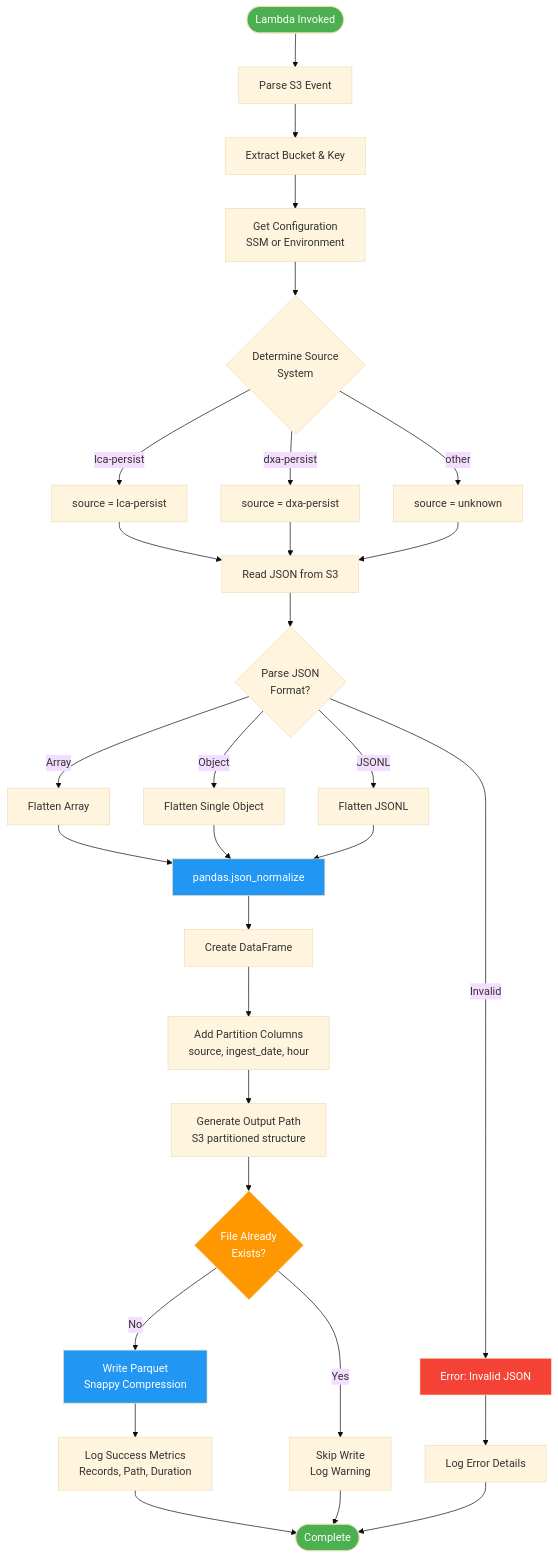
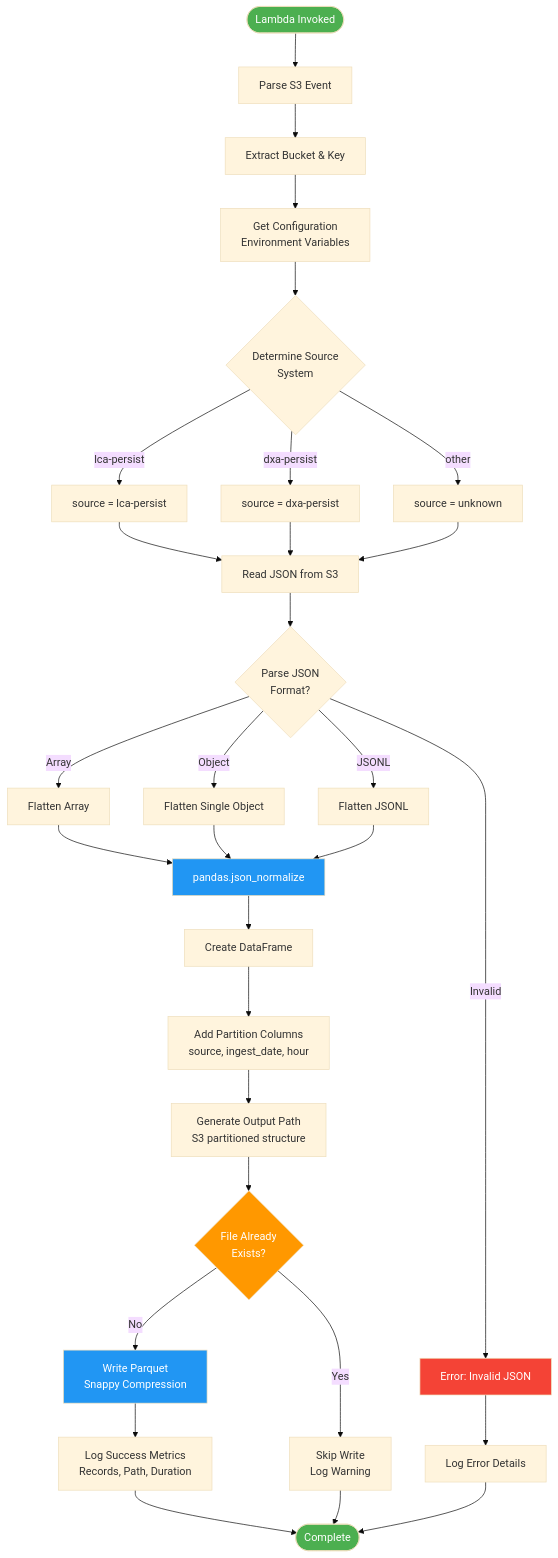
The third of 19 diagrams in docs/DIAGRAMS.md (manifullstackdeveloper/aws_s3_parquet_athena_lambda), drawn with Mermaid (base theme) before and after one commit. The commit also changed other lines of this file and 27 other files, not shown here.

````diff
--- a/docs/DIAGRAMS.md
+++ b/docs/DIAGRAMS.md
@@ -140,47 +138,47 @@
 ```mermaid
 flowchart TD
     Start([Lambda Invoked]) --> ParseEvent[Parse S3 Event]
     ParseEvent --> ExtractInfo[Extract Bucket & Key]
-    ExtractInfo --> GetConfig[Get Configuration<br/>SSM or Environment]
+    ExtractInfo --> GetConfig[Get Configuration<br/>Environment Variables]
     
     GetConfig --> DetermineSource{Determine Source<br/>System}
     DetermineSource -->|lca-persist| SourceLCA[source = lca-persist]
     DetermineSource -->|dxa-persist| SourceDXA[source = dxa-persist]
     DetermineSource -->|other| SourceUnknown[source = unknown]
     
     SourceLCA --> ReadJSON
     SourceDXA --> ReadJSON
     SourceUnknown --> ReadJSON
     
     ReadJSON[Read JSON from S3] --> ParseJSON{Parse JSON<br/>Format?}
     ParseJSON -->|Array| FlattenArray[Flatten Array]
     ParseJSON -->|Object| FlattenObject[Flatten Single Object]
     ParseJSON -->|JSONL| FlattenJSONL[Flatten JSONL]
     ParseJSON -->|Invalid| ErrorInvalid[Error: Invalid JSON]
     
     FlattenArray --> Normalize[pandas.json_normalize]
     FlattenObject --> Normalize
     FlattenJSONL --> Normalize
     
     Normalize --> CreateDF[Create DataFrame]
     CreateDF --> AddPartitions[Add Partition Columns<br/>source, ingest_date, hour]
     AddPartitions --> GeneratePath[Generate Output Path<br/>S3 partitioned structure]
     
     GeneratePath --> CheckExists{File Already<br/>Exists?}
     CheckExists -->|Yes| Skip[Skip Write<br/>Log Warning]
     CheckExists -->|No| WriteParquet[Write Parquet<br/>Snappy Compression]
     
     WriteParquet --> LogSuccess[Log Success Metrics<br/>Records, Path, Duration]
     LogSuccess --> End([Complete])
     
     Skip --> End
     ErrorInvalid --> LogError[Log Error Details]
     LogError --> End
     
     style Start fill:#4CAF50,color:#fff
     style End fill:#4CAF50,color:#fff
     style Normalize fill:#2196F3,color:#fff
     style WriteParquet fill:#2196F3,color:#fff
     style ErrorInvalid fill:#f44336,color:#fff
     style CheckExists fill:#FF9800,color:#fff
 ```
````
